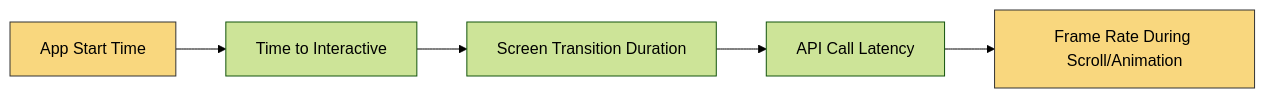
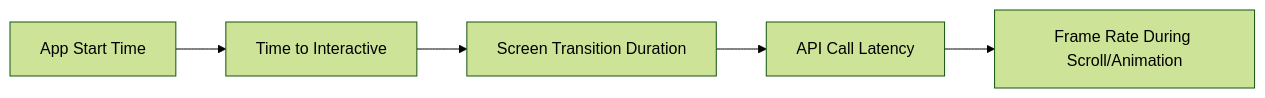
One commit to BabaScience/react-guides changed the third of 6 diagrams in arguments/chapters/rn-20-monitoring-production.md. Above: the diagram before and after it, drawn with Mermaid (forest theme). The commit also changed other lines of this file and 63 other files, not shown here.

First line of the commit message:
Enrich React Native roadmap with deeper content, visuals, and FR/IT translations

````diff
--- a/arguments/chapters/rn-20-monitoring-production.md
+++ b/arguments/chapters/rn-20-monitoring-production.md
@@ -182,10 +291,7 @@
 ```mermaid
 graph LR
     A[App Start Time] --> B[Time to Interactive]
     B --> C[Screen Transition Duration]
     C --> D[API Call Latency]
     D --> E[Frame Rate During Scroll/Animation]
-
-    style A fill:#f9d77e,stroke:#333
-    style E fill:#f9d77e,stroke:#333
 ```
````
